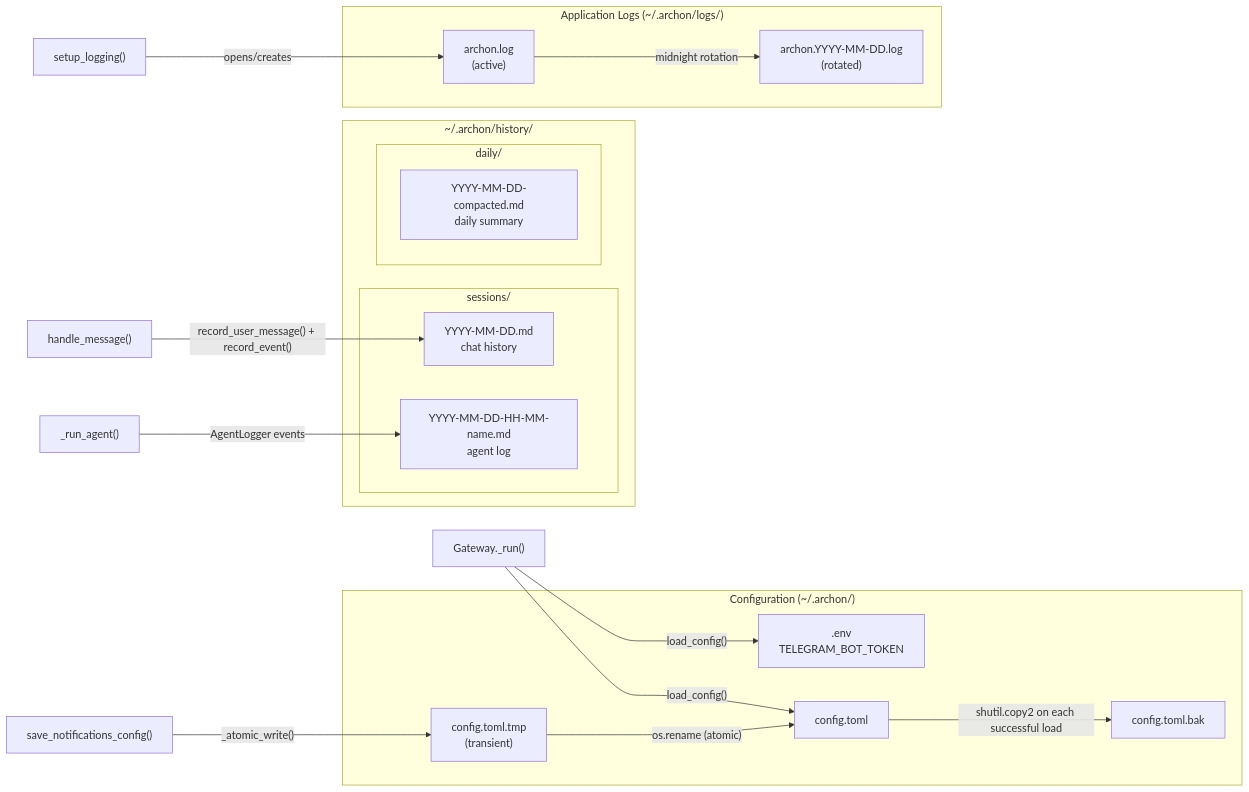
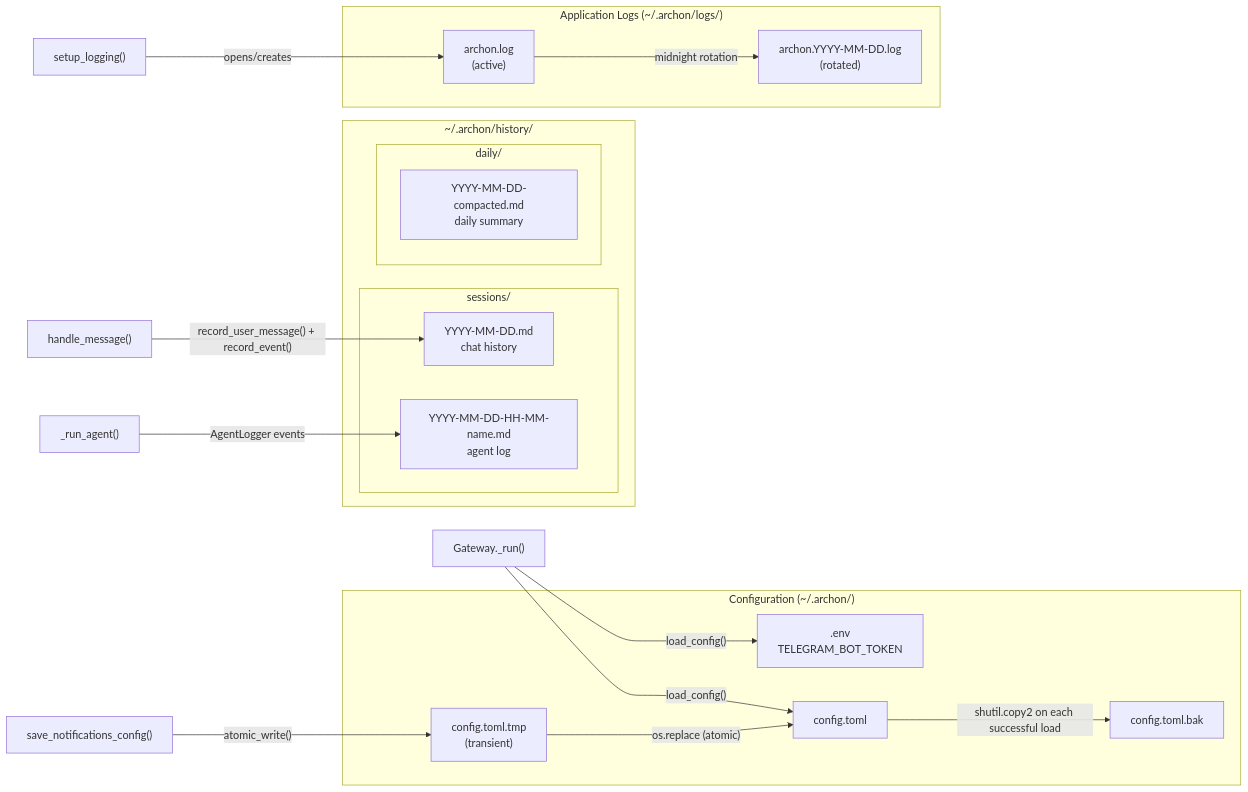
Before and after one commit to user538295/archon-assistant: the first of 2 diagrams in Documentation/Architecture/130_data_architecture_and_persistence.md, drawn with Mermaid. The commit also changed other lines of this file and 21 other files, not shown here.

````diff
--- a/Documentation/Architecture/130_data_architecture_and_persistence.md
+++ b/Documentation/Architecture/130_data_architecture_and_persistence.md
@@ -21,36 +21,36 @@
 ```mermaid
 graph LR
     subgraph Config["Configuration (~/.archon/)"]
         env[".env<br/>TELEGRAM_BOT_TOKEN"]
         toml["config.toml"]
         bak["config.toml.bak"]
         tmp["config.toml.tmp<br/>(transient)"]
     end
 
     subgraph History["~/.archon/history/"]
         subgraph Sessions["sessions/"]
             hfile["YYYY-MM-DD.md<br/>chat history"]
             afile["YYYY-MM-DD-HH-MM-name.md<br/>agent log"]
         end
         subgraph Daily["daily/"]
             cfile["YYYY-MM-DD-compacted.md<br/>daily summary"]
         end
     end
 
     subgraph AppLog["Application Logs (~/.archon/logs/)"]
         active["archon.log<br/>(active)"]
         rotated["archon.YYYY-MM-DD.log<br/>(rotated)"]
     end
 
     gateway["Gateway._run()"] -->|"load_config()"| env
     gateway -->|"load_config()"| toml
     toml -->|"shutil.copy2 on each successful load"| bak
-    save_notif["save_notifications_config()"] -->|"_atomic_write()"| tmp
-    tmp -->|"os.rename (atomic)"| toml
+    save_notif["save_notifications_config()"] -->|"atomic_write()"| tmp
+    tmp -->|"os.replace (atomic)"| toml
 
     handle_message["handle_message()"] -->|"record_user_message() + record_event()"| hfile
     bg_agent["_run_agent()"] -->|"AgentLogger events"| afile
 
     setup_logging["setup_logging()"] -->|"opens/creates"| active
     active -->|"midnight rotation"| rotated
 ```
````
